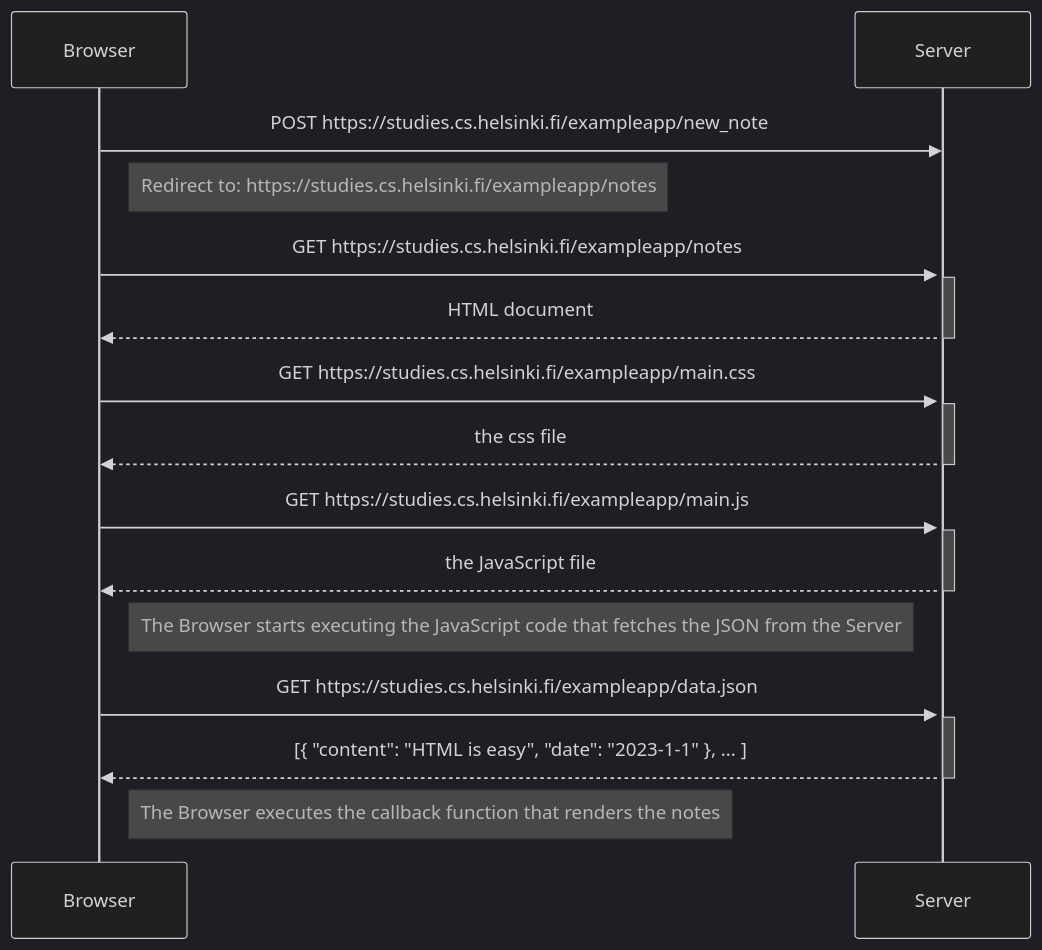
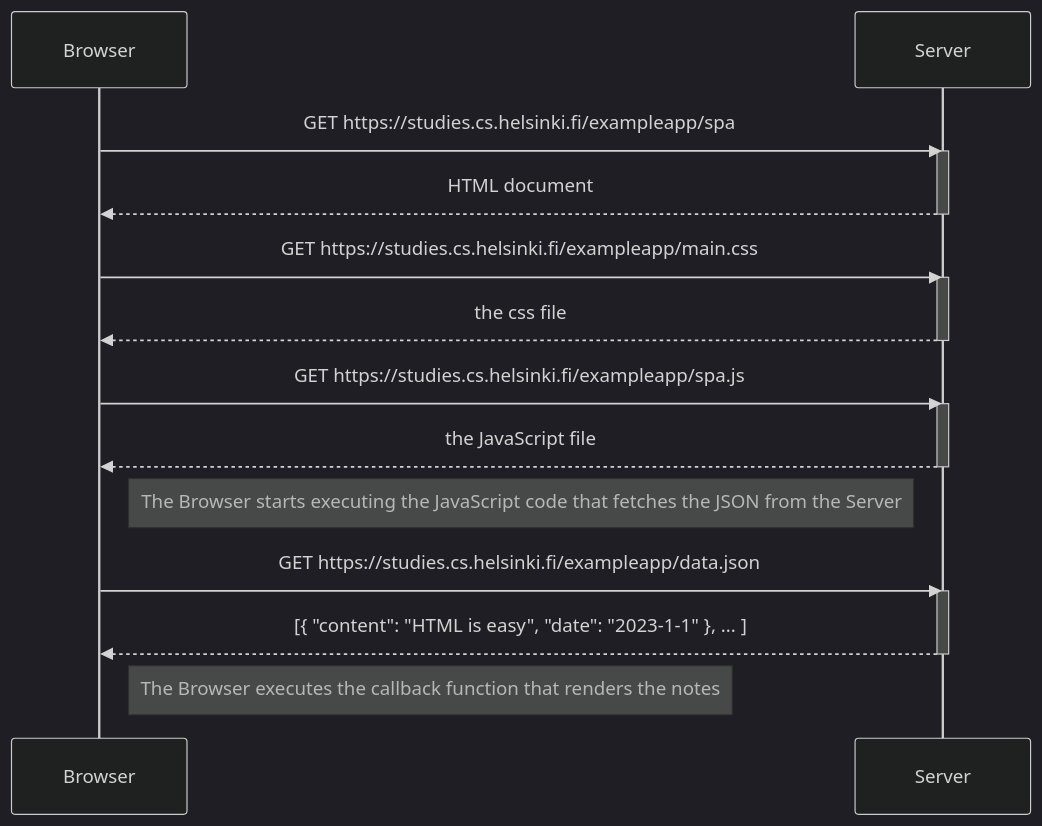
The diagram in part0/5/appNotesSPA.md (julynumb/FullStackCourse), drawn with Mermaid (dark theme) before and after one commit. The commit also changed other lines of this file, not shown here.

Commit message:
Seccion 5

````diff
--- a/part0/5/appNotesSPA.md
+++ b/part0/5/appNotesSPA.md
@@ -2,34 +2,29 @@
 ```mermaid
 sequenceDiagram
     participant Browser
     participant Server
 
-    Browser->>Server: POST https://studies.cs.helsinki.fi/exampleapp/new_note
-    Activate Server
-
-    Note Right of Browser: Redirect to: https://studies.cs.helsinki.fi/exampleapp/notes
-
-    Browser->>Server: GET https://studies.cs.helsinki.fi/exampleapp/notes
+    Browser->>Server: GET https://studies.cs.helsinki.fi/exampleapp/spa
     Activate Server
     Server-->>Browser: HTML document
     Deactivate Server
 
     Browser->>Server: GET https://studies.cs.helsinki.fi/exampleapp/main.css
     Activate Server
     Server-->>Browser: the css file
     Deactivate Server
 
-    Browser->>Server: GET https://studies.cs.helsinki.fi/exampleapp/main.js
+    Browser->>Server: GET https://studies.cs.helsinki.fi/exampleapp/spa.js
     Activate Server
     Server-->>Browser: the JavaScript file
     Deactivate Server
 
     Note right of Browser: The Browser starts executing the JavaScript code that fetches the JSON from the Server
 
     Browser->>Server: GET https://studies.cs.helsinki.fi/exampleapp/data.json
     Activate Server
     Server-->>Browser: [{ "content": "HTML is easy", "date": "2023-1-1" }, ... ]
     Deactivate Server
 
     Note right of Browser: The Browser executes the callback function that renders the notes
 ```
````
